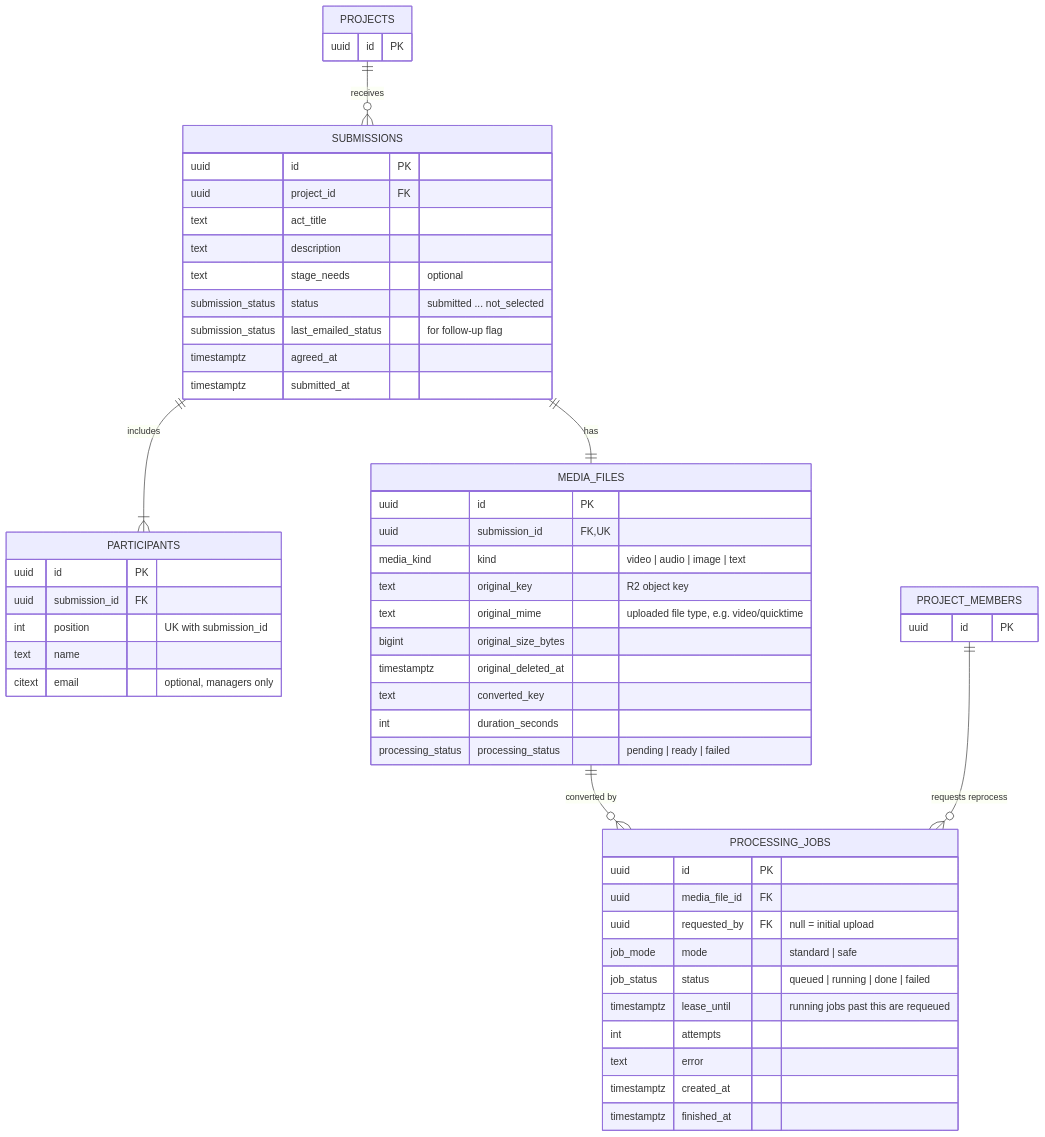
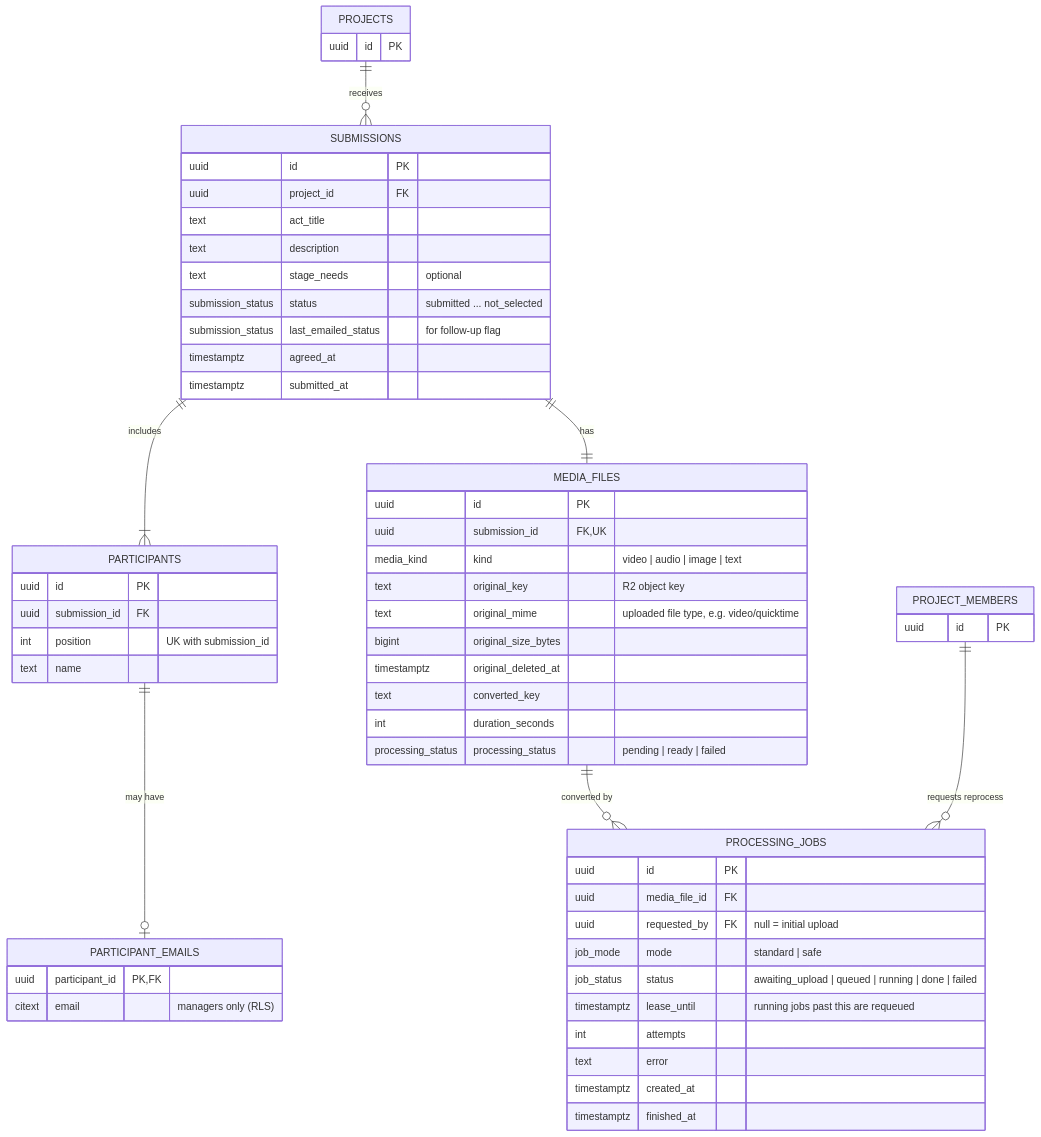
One commit to dixond01/ChooseTogether changed the third of 5 diagrams in Documents/erd.md. Above: the diagram before and after it, drawn with Mermaid. The commit also changed other lines of this file and 5 other files, not shown here.

First line of the commit message:
Add People & Projects and Intake schema with RLS and tests

````diff
--- a/Documents/erd.md
+++ b/Documents/erd.md
@@ -93,57 +94,61 @@
 ```mermaid
 erDiagram
     PROJECTS ||--o{ SUBMISSIONS : receives
     SUBMISSIONS ||--|{ PARTICIPANTS : includes
+    PARTICIPANTS ||--o| PARTICIPANT_EMAILS : "may have"
     SUBMISSIONS ||--|| MEDIA_FILES : has
     MEDIA_FILES ||--o{ PROCESSING_JOBS : "converted by"
     PROJECT_MEMBERS ||--o{ PROCESSING_JOBS : "requests reprocess"
 
     PROJECTS {
         uuid id PK
     }
     PROJECT_MEMBERS {
         uuid id PK
     }
     SUBMISSIONS {
         uuid id PK
         uuid project_id FK
         text act_title
         text description
         text stage_needs "optional"
         submission_status status "submitted ... not_selected"
         submission_status last_emailed_status "for follow-up flag"
         timestamptz agreed_at
         timestamptz submitted_at
     }
     PARTICIPANTS {
         uuid id PK
         uuid submission_id FK
         int position "UK with submission_id"
         text name
-        citext email "optional, managers only"
+    }
+    PARTICIPANT_EMAILS {
+        uuid participant_id PK, FK
+        citext email "managers only (RLS)"
     }
     MEDIA_FILES {
         uuid id PK
         uuid submission_id FK, UK
         media_kind kind "video | audio | image | text"
         text original_key "R2 object key"
         text original_mime "uploaded file type, e.g. video/quicktime"
         bigint original_size_bytes
         timestamptz original_deleted_at
         text converted_key
         int duration_seconds
         processing_status processing_status "pending | ready | failed"
     }
     PROCESSING_JOBS {
         uuid id PK
         uuid media_file_id FK
         uuid requested_by FK "null = initial upload"
         job_mode mode "standard | safe"
-        job_status status "queued | running | done | failed"
+        job_status status "awaiting_upload | queued | running | done | failed"
         timestamptz lease_until "running jobs past this are requeued"
         int attempts
         text error
         timestamptz created_at
         timestamptz finished_at
     }
 ```
````
